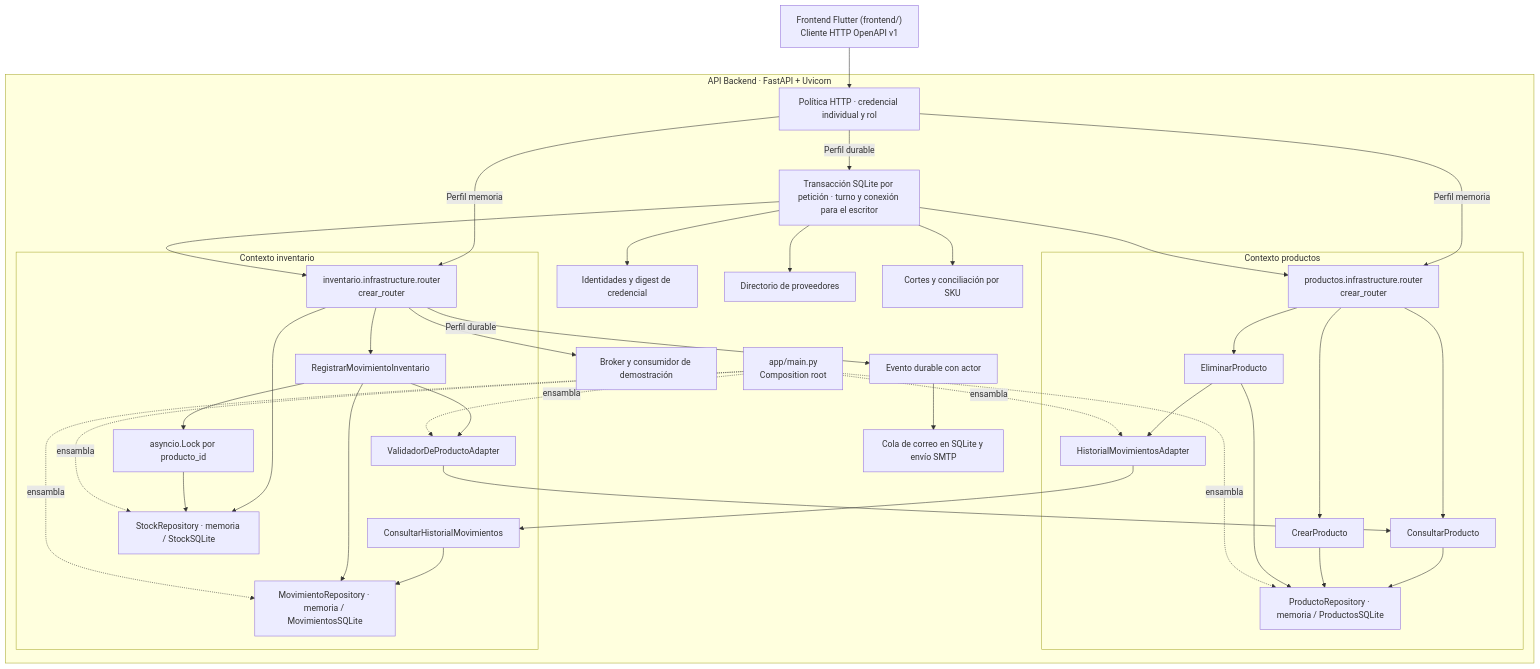
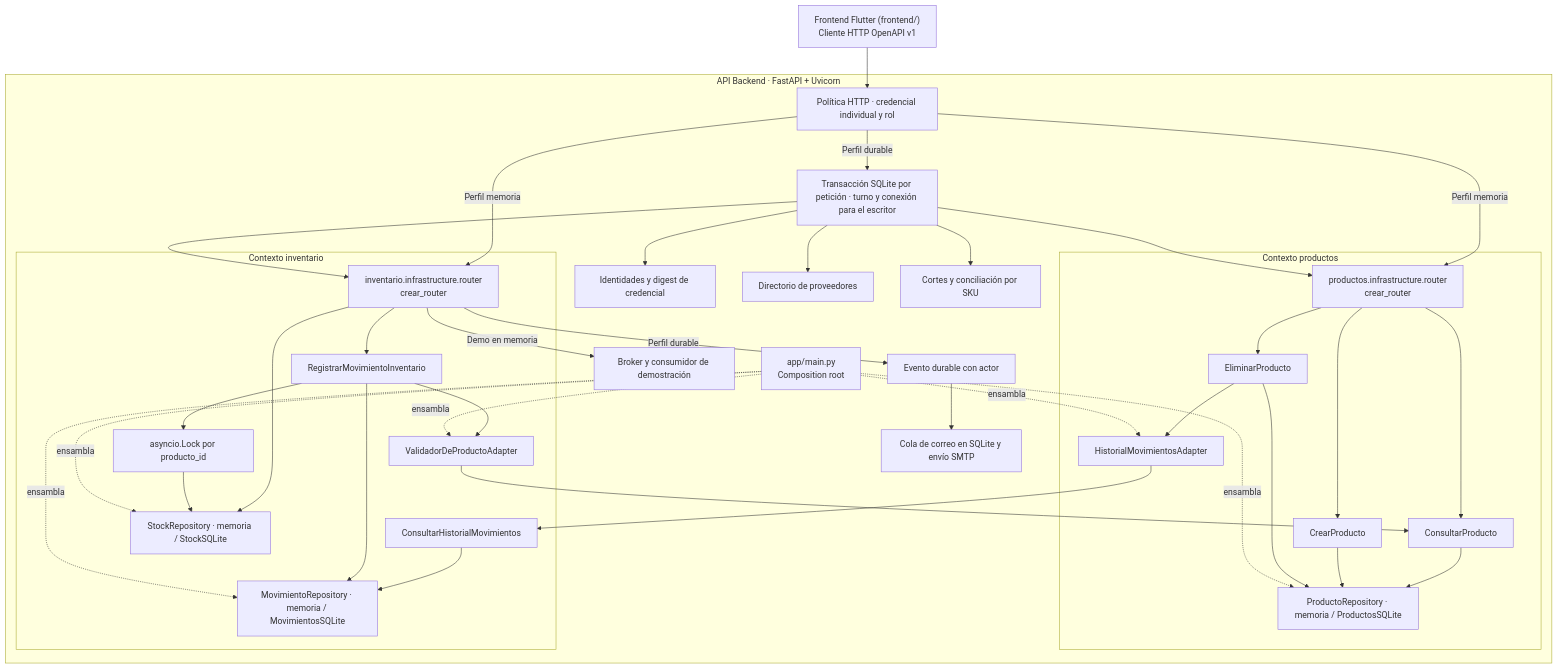
One commit to ISCOUTB/AS_202620_InvenTrack changed the diagram in docs/c4/components.md. Above: the diagram before and after it, drawn with Mermaid. The commit also changed 19 other files, not shown here.

````diff
--- a/docs/c4/components.md
+++ b/docs/c4/components.md
@@ -6,69 +6,69 @@
 ```mermaid
 flowchart TB
     Client["Frontend Flutter (frontend/)\nCliente HTTP OpenAPI v1"]
 
     subgraph API["API Backend · FastAPI + Uvicorn"]
         subgraph Productos["Contexto productos"]
             ProdRouter["productos.infrastructure.router\ncrear_router"]
             Crear["CrearProducto"]
             Consultar["ConsultarProducto"]
             Eliminar["EliminarProducto"]
             ProductoRepo["ProductoRepository · memoria / ProductosSQLite"]
             Historial["HistorialMovimientosAdapter"]
         end
 
         subgraph Inventario["Contexto inventario"]
             InvRouter["inventario.infrastructure.router\ncrear_router"]
             Registrar["RegistrarMovimientoInventario"]
             ConsultarHistorial["ConsultarHistorialMovimientos"]
             StockRepo["StockRepository · memoria / StockSQLite"]
             MovimientoRepo["MovimientoRepository · memoria / MovimientosSQLite"]
             Validador["ValidadorDeProductoAdapter"]
             Lock["asyncio.Lock por producto_id"]
         end
 
         Root["app/main.py\nComposition root"]
 
         Acceso["Política HTTP · credencial individual y rol"]
         Tx["Transacción SQLite por petición · turno y conexión para el escritor"]
         Usuarios["Identidades y digest de credencial"]
         Auditoria["Evento durable con actor"]
         Directorio["Directorio de proveedores"]
         Corte["Cortes y conciliación por SKU"]
         Correo["Cola de correo en SQLite y envío SMTP"]
         Broker["Broker y consumidor de demostración"]
     end
     Client --> Acceso
     Acceso -->|Perfil memoria| ProdRouter
     Acceso -->|Perfil memoria| InvRouter
     Acceso -->|Perfil durable| Tx
     Tx --> Directorio
     Tx --> Corte
     Auditoria --> Correo
     Tx --> Usuarios
     Tx --> ProdRouter
     Tx --> InvRouter
     InvRouter -->|Perfil durable| Auditoria
-    InvRouter --> Broker
+    InvRouter -->|Demo en memoria| Broker
     ProdRouter --> Consultar
     Consultar --> ProductoRepo
     ProdRouter --> Crear
     ProdRouter --> Eliminar
     Crear --> ProductoRepo
     Eliminar --> ProductoRepo
     Eliminar --> Historial
     Historial --> ConsultarHistorial
     ConsultarHistorial --> MovimientoRepo
     InvRouter --> Registrar
     InvRouter --> StockRepo
     Registrar --> Validador
     Registrar --> Lock
     Lock --> StockRepo
     Registrar --> MovimientoRepo
     Validador --> Consultar
     Root -. ensambla .-> ProductoRepo
     Root -. ensambla .-> StockRepo
     Root -. ensambla .-> MovimientoRepo
     Root -. ensambla .-> Historial
     Root -. ensambla .-> Validador
 ```
````
